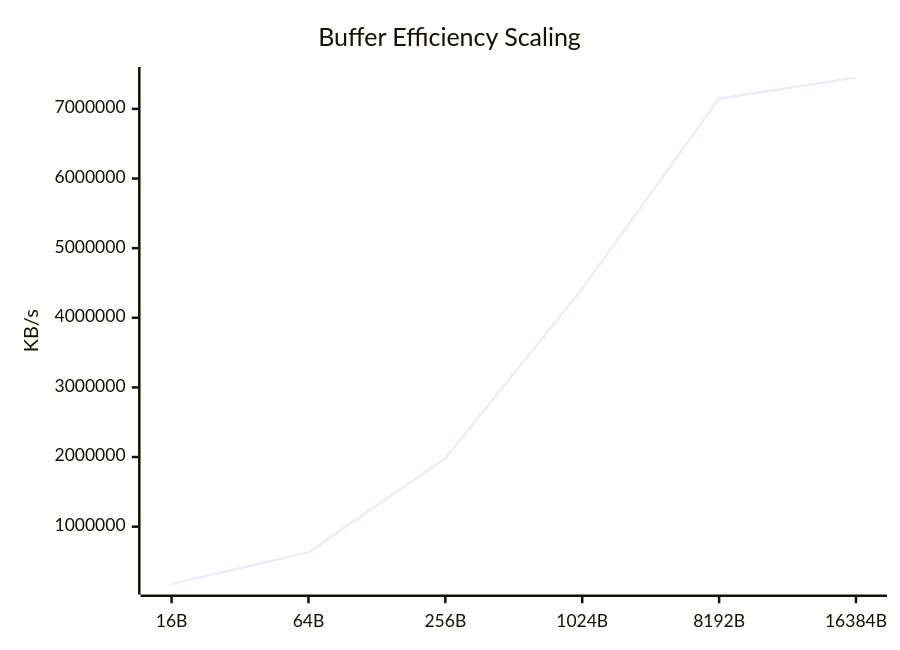
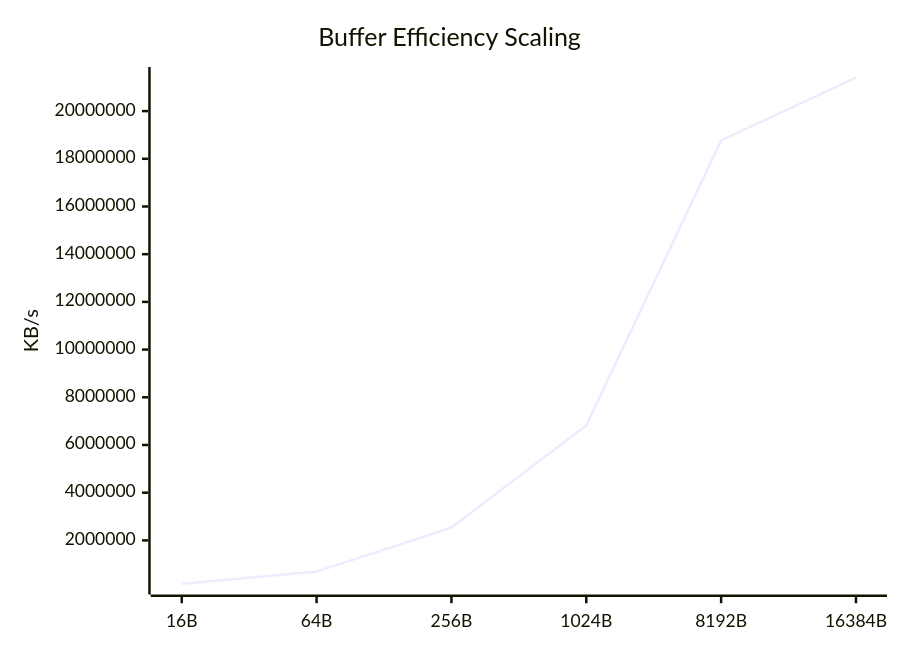
The seventh of 9 diagrams in docs/Comparison_Report.md (taha2samy/openssl_fips), drawn with Mermaid before and after one commit. The commit also changed other lines of this file and 2 other files, not shown here.

````diff
--- a/docs/Comparison_Report.md
+++ b/docs/Comparison_Report.md
@@ -110,7 +110,7 @@
 ```mermaid
 xychart-beta
     title "Buffer Efficiency Scaling"
     x-axis [16B, 64B, 256B, 1024B, 8192B, 16384B]
     y-axis "KB/s"
-    line [178294.54, 630740.0, 1980857.34, 4417443.33, 7148552.19, 7449133.06]
+    line [175900.96, 691614.72, 2537767.42, 6820570.11, 18768556.03, 21403475.97]
 ```
````
